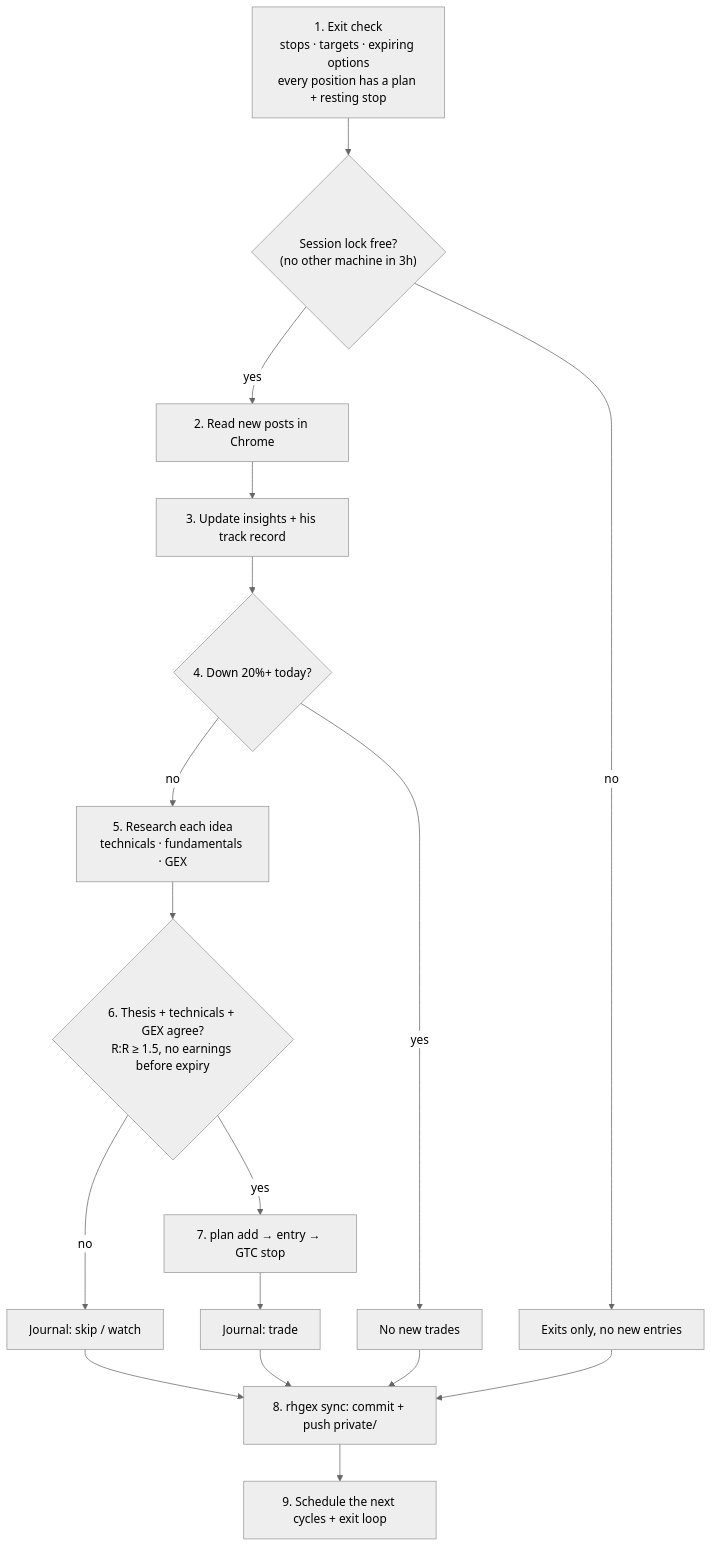
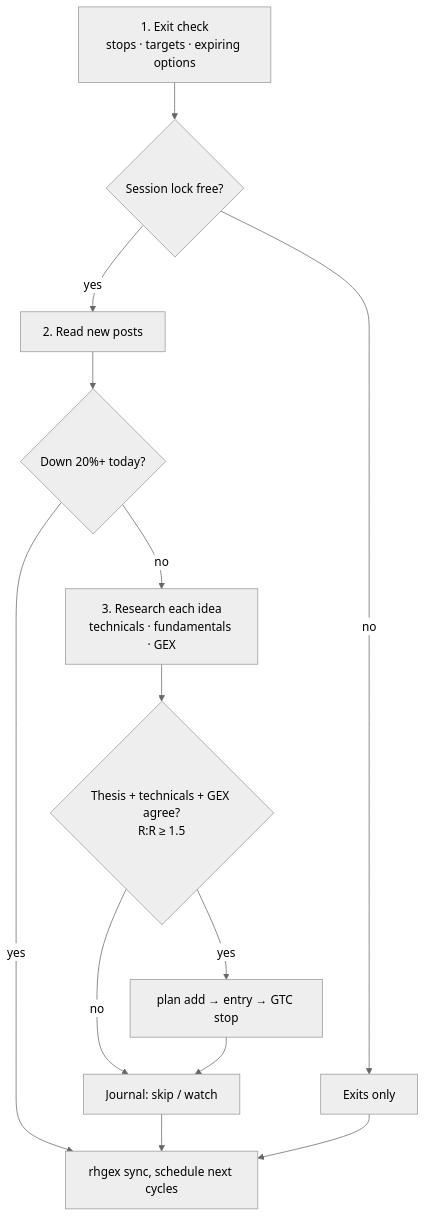
One commit to chasechipres/rh-gex-trader changed the second of 4 diagrams in README.md. Above: the diagram before and after it, drawn with Mermaid (neutral theme). The commit also changed other lines of this file, not shown here.

First line of the commit message:
Make README concise: merge setup, add multi-machine copy-paste (#3)

````diff
--- a/README.md
+++ b/README.md
@@ -61,19 +53,15 @@
 ```mermaid
 flowchart TD
-    A["1. Exit check<br/>stops · targets · expiring options<br/>every position has a plan + resting stop"] --> L{"Session lock free?<br/>(no other machine in 3h)"}
-    L -->|no| X["Exits only, no new entries"]
-    L -->|yes| B["2. Read new posts in Chrome"]
-    B --> C["3. Update insights + his track record"]
-    C --> D{"4. Down 20%+ today?"}
-    D -->|yes| S["No new trades"]
-    D -->|no| E["5. Research each idea<br/>technicals · fundamentals · GEX"]
-    E --> F{"6. Thesis + technicals + GEX agree?<br/>R:R ≥ 1.5, no earnings before expiry"}
+    A["1. Exit check<br/>stops · targets · expiring options"] --> L{"Session lock free?"}
+    L -->|no| X["Exits only"]
+    L -->|yes| B["2. Read new posts"]
+    B --> D{"Down 20%+ today?"}
+    D -->|yes| Z
+    D -->|no| E["3. Research each idea<br/>technicals · fundamentals · GEX"]
+    E --> F{"Thesis + technicals + GEX agree?<br/>R:R ≥ 1.5"}
     F -->|no| K["Journal: skip / watch"]
-    F -->|yes| G["7. plan add → entry → GTC stop"]
-    G --> K2["Journal: trade"]
-    K --> Z["8. rhgex sync: commit + push private/"]
-    K2 --> Z
-    S --> Z
+    F -->|yes| G["plan add → entry → GTC stop"]
+    G --> K
+    K --> Z["rhgex sync, schedule next cycles"]
     X --> Z
-    Z --> W["9. Schedule the next cycles + exit loop"]
 ```
````
